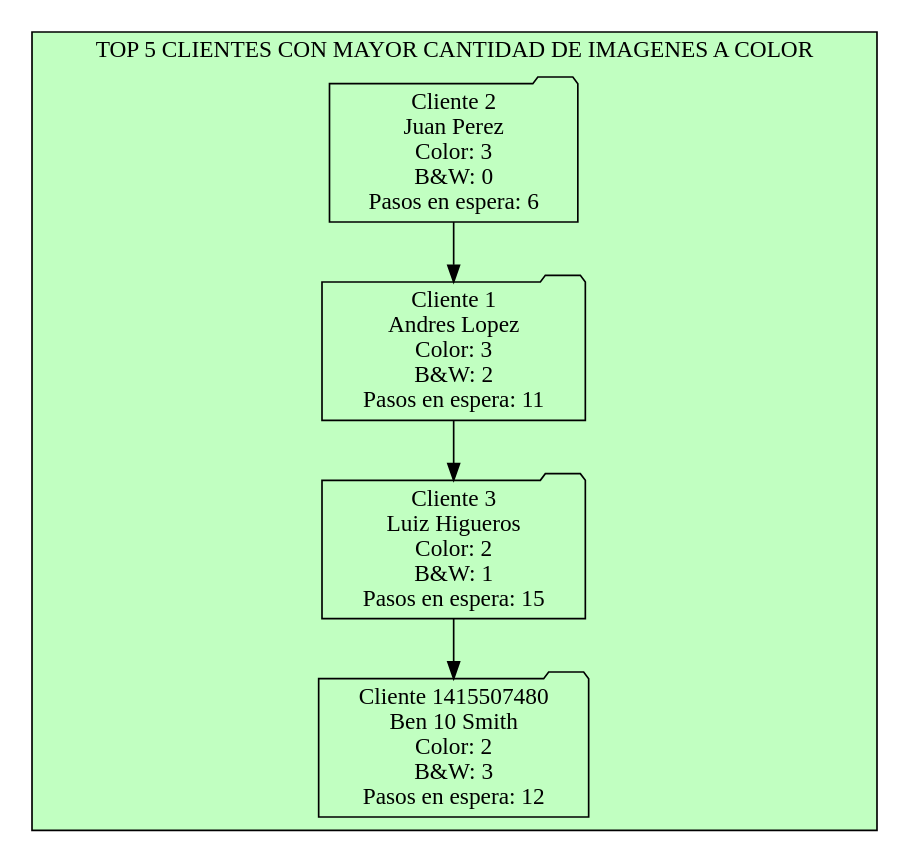
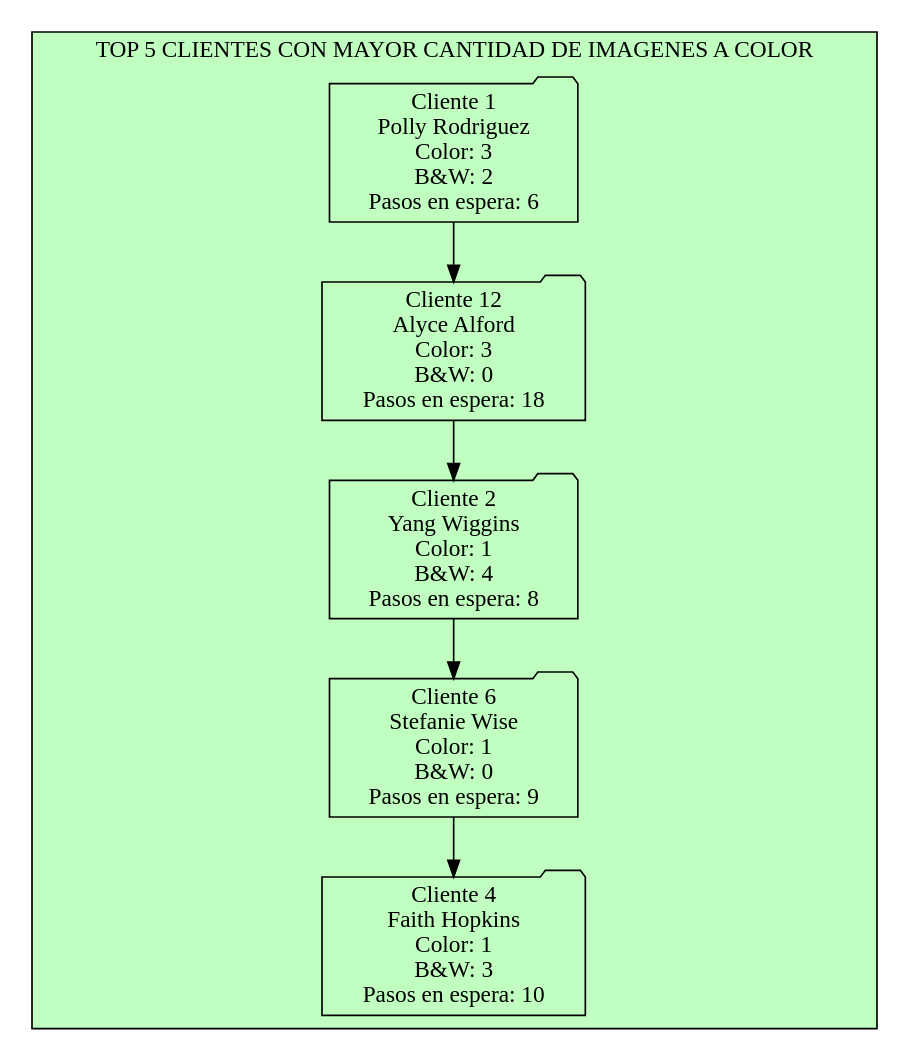
The diagram in EDD_UDRAWING_FASE_202003975/Top5_ImagenesColor.dot (diegomazariegos2002/EDD_UDRAWING_FASE_202003975), drawn with Graphviz before and after one commit. The commit also changed 47 other files, not shown here.

```diff
--- a/EDD_UDRAWING_FASE_202003975/Top5_ImagenesColor.dot
+++ b/EDD_UDRAWING_FASE_202003975/Top5_ImagenesColor.dot
@@ -1,14 +1,16 @@
 digraph G { 
 subgraph cluster_ClientesTOP{ 
 label="TOP 5 CLIENTES CON MAYOR CANTIDAD DE IMAGENES A COLOR"; 
 bgcolor="darkseagreen1"; 
 node[shape = box]; 
-Nodo1699113578[shape=folder label="Cliente 2\nJuan Perez \n Color: 3\n B&W: 0\nPasos en espera: 6"];
-Nodo1306324352[shape=folder label="Cliente 1\nAndres Lopez \n Color: 3\n B&W: 2\nPasos en espera: 11"];
-Nodo355790875[shape=folder label="Cliente 3\nLuiz Higueros \n Color: 2\n B&W: 1\nPasos en espera: 15"];
-Nodo2028017635[shape=folder label="Cliente 1415507480\nBen 10 Smith \n Color: 2\n B&W: 3\nPasos en espera: 12"];
-Nodo1699113578 -> Nodo1306324352 
-Nodo1306324352 -> Nodo355790875 
-Nodo355790875 -> Nodo2028017635 
+Nodo293907205[shape=folder label="Cliente 1\nPolly Rodriguez \n Color: 3\n B&W: 2\nPasos en espera: 6"];
+Nodo1989184704[shape=folder label="Cliente 12\nAlyce Alford \n Color: 3\n B&W: 0\nPasos en espera: 18"];
+Nodo611572016[shape=folder label="Cliente 2\nYang Wiggins \n Color: 1\n B&W: 4\nPasos en espera: 8"];
+Nodo889486595[shape=folder label="Cliente 6\nStefanie Wise \n Color: 1\n B&W: 0\nPasos en espera: 9"];
+Nodo77269878[shape=folder label="Cliente 4\nFaith Hopkins \n Color: 1\n B&W: 3\nPasos en espera: 10"];
+Nodo293907205 -> Nodo1989184704 
+Nodo1989184704 -> Nodo611572016 
+Nodo611572016 -> Nodo889486595 
+Nodo889486595 -> Nodo77269878 
 }rankdir = TB;
 }
```
